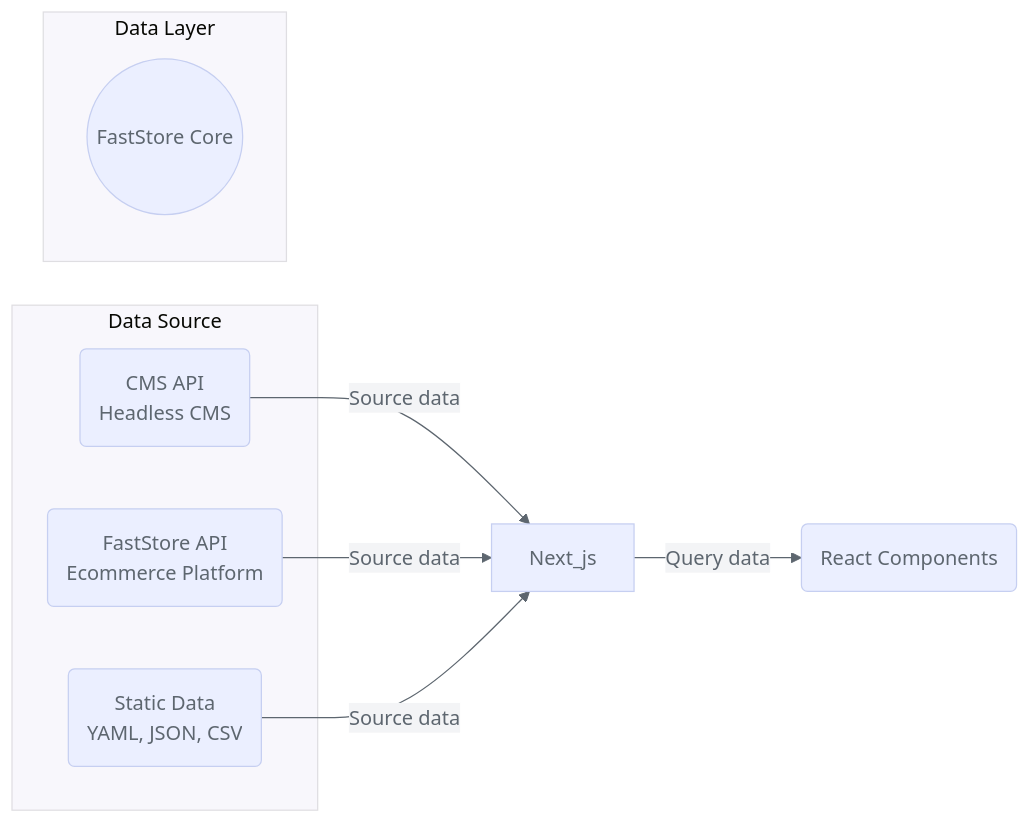
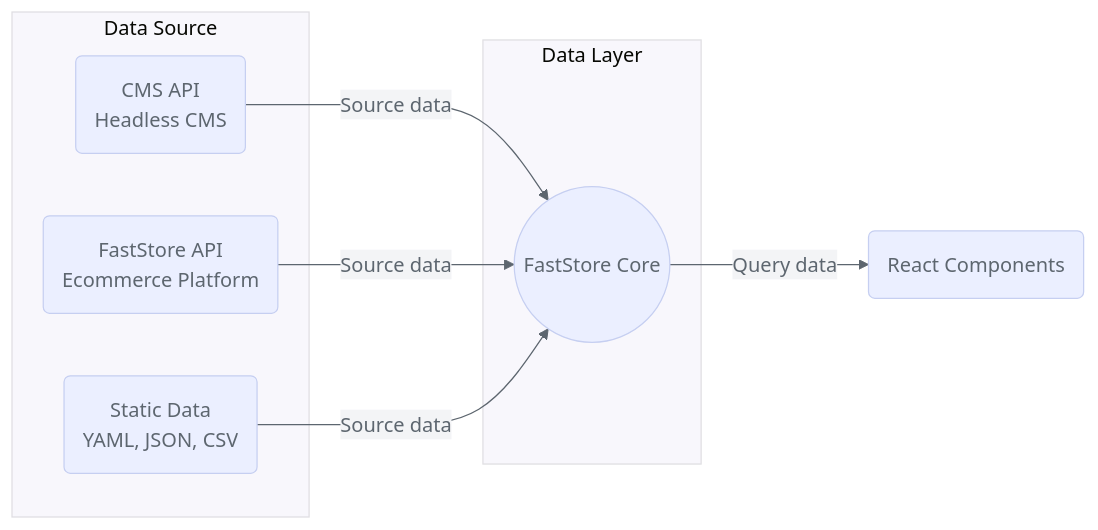
Before and after one commit to vtex/faststore: the diagram in apps/site/pages/docs/faststore-api.mdx, drawn with Mermaid.

Commit message:
docs: fix mermaid.js diagram

````diff
--- a/apps/site/pages/docs/faststore-api.mdx
+++ b/apps/site/pages/docs/faststore-api.mdx
@@ -30,31 +30,31 @@
 ```mermaid
 %%{
   init: {
     'theme': 'base',
     'themeVariables': {
       'primaryColor': '#EBEFFF',
       'primaryTextColor': '#5D666F',
       'lineColor': '#5D666F',
       'secondaryColor': '#F3F4F6',
       'tertiaryColor': '#F8F7FC'
     }
   }
 }%%
 
 flowchart LR
 
 subgraph Data_Source[Data Source]
     CMS_API(CMS API <BR /> Headless CMS)
     FastStore_API(FastStore API <BR /> Ecommerce Platform)
     Static_Data(Static Data <BR /> YAML, JSON, CSV)
 end
 
 subgraph Data_Layer[Data Layer]
-    FastStore((FastStore Core))
+    FastStore__Core((FastStore Core))
 end
 
-CMS_API -->|Source data| Next_js
-FastStore_API -->|Source data| Next_js
-Static_Data -->|Source data| Next_js
-Next_js -->|Query data| React_Components(React Components)
+CMS_API -->|Source data| FastStore__Core
+FastStore_API -->|Source data| FastStore__Core
+Static_Data -->|Source data| FastStore__Core
+FastStore__Core -->|Query data| React_Components(React Components)
 ```
````
